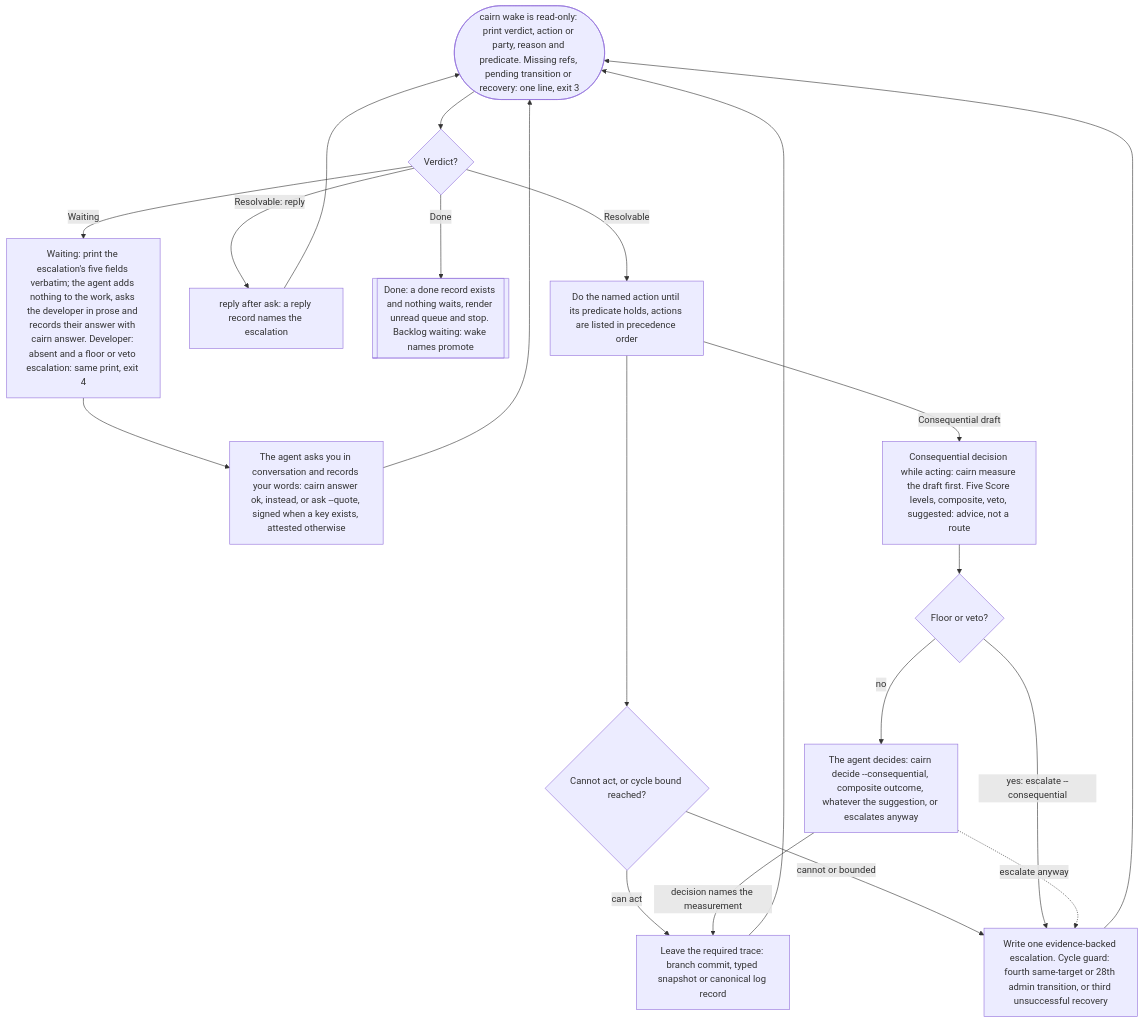
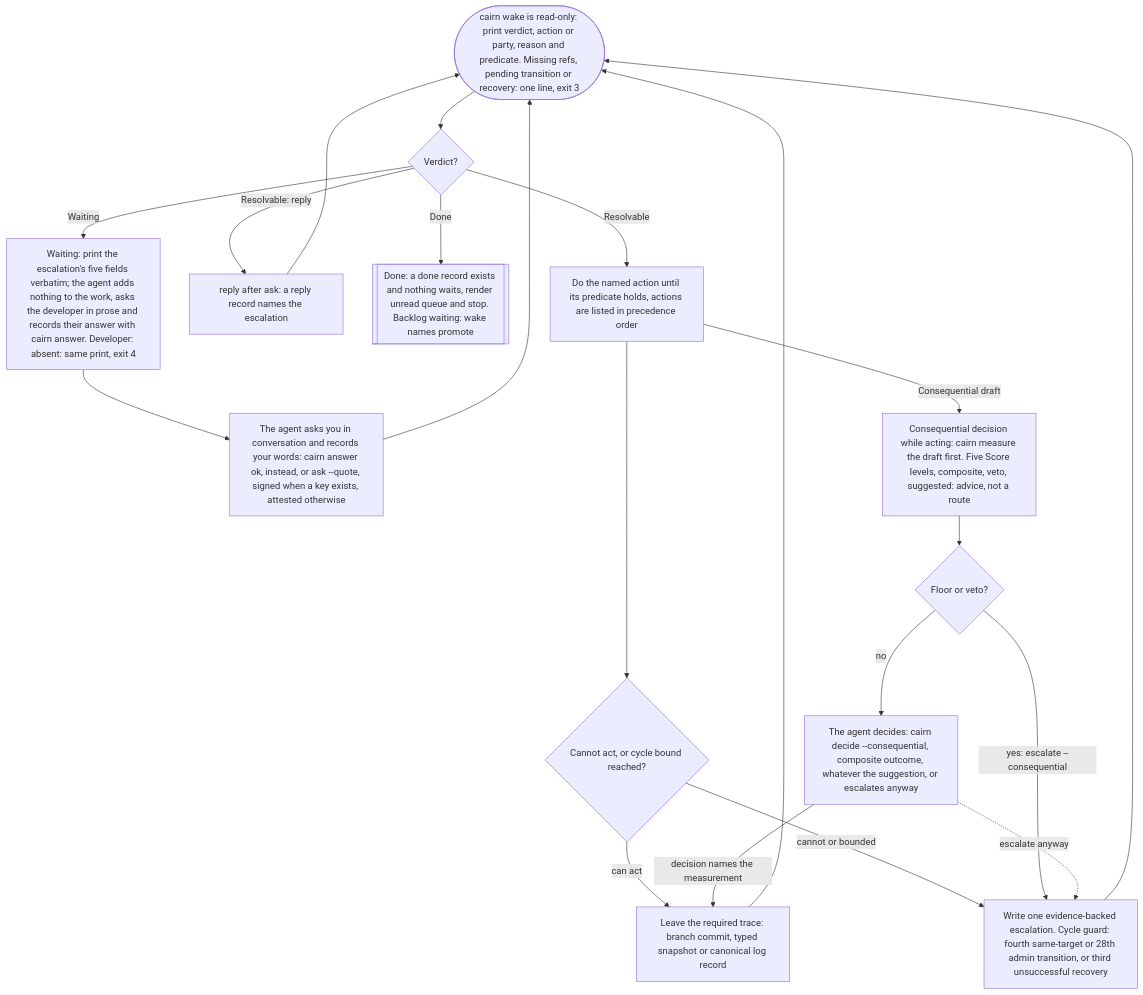
The diagram in README.md (eas4ai/cairn), drawn with Mermaid before and after one commit. The commit also changed other lines of this file and 23 other files, not shown here.

````diff
--- a/README.md
+++ b/README.md
@@ -222,36 +222,36 @@
 ```mermaid
 flowchart TB
   wake(["cairn wake is read-only: print verdict, action or party, reason and predicate. Missing refs, pending transition or recovery: one line, exit 3"])
   verdict{"Verdict?"}
-  waiting["Waiting: print the escalation's five fields verbatim; the agent adds nothing to the work, asks the developer in prose and records their answer with cairn answer. Developer: absent and a floor or veto escalation: same print, exit 4"]
+  waiting["Waiting: print the escalation's five fields verbatim; the agent adds nothing to the work, asks the developer in prose and records their answer with cairn answer. Developer: absent: same print, exit 4"]
   answer["The agent asks you in conversation and records your words: cairn answer ok, instead, or ask --quote, signed when a key exists, attested otherwise"]
   reply["reply after ask: a reply record names the escalation"]
   stop[["Done: a done record exists and nothing waits, render unread queue and stop. Backlog waiting: wake names promote"]]
   act["Do the named action until its predicate holds, actions are listed in precedence order"]
   cannot{"Cannot act, or cycle bound reached?"}
   escalate["Write one evidence-backed escalation. Cycle guard: fourth same-target or 28th admin transition, or third unsuccessful recovery"]
   measure["Consequential decision while acting: cairn measure the draft first. Five Score levels, composite, veto, suggested: advice, not a route"]
   gate{"Floor or veto?"}
   decide["The agent decides: cairn decide --consequential, composite outcome, whatever the suggestion, or escalates anyway"]
   trace["Leave the required trace: branch commit, typed snapshot or canonical log record"]
 
   wake --> verdict
   verdict -->|"Waiting"| waiting
   waiting --> answer
   answer --> wake
   verdict -->|"Resolvable: reply"| reply
   reply --> wake
   verdict -->|"Done"| stop
   verdict -->|"Resolvable"| act
   act --> cannot
   cannot -->|"can act"| trace
   cannot -->|"cannot or bounded"| escalate
   trace --> wake
   escalate --> wake
   act -->|"Consequential draft"| measure
   measure --> gate
   gate -->|"yes: escalate --consequential"| escalate
   gate -->|"no"| decide
   decide -->|"decision names the measurement"| trace
   decide -.->|"escalate anyway"| escalate
 ```
````
